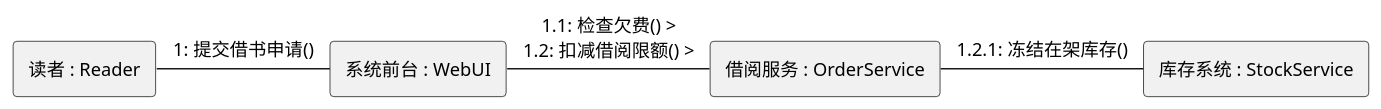
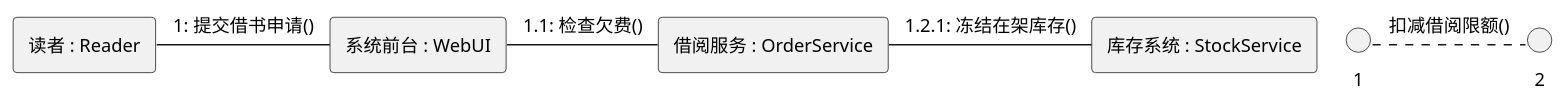
The ninth of 11 diagrams in 02-visual-diagrams/02-UML核心建模图谱.md (cpsa3/software-designer-fast-pass), drawn with PlantUML before and after one commit. The commit also changed other lines of this file, not shown here.

Commit message:
feat(uml): restructure UML document with Pyramid Principle, adding 14-diagram overview and 4+1 view model

````diff
--- a/02-visual-diagrams/02-UML核心建模图谱.md
+++ b/02-visual-diagrams/02-UML核心建模图谱.md
@@ -239,15 +394,16 @@
 ```plantuml
 @startuml
 !pragma layout smetana
 skinparam dpi 125
 skinparam defaultFontSize 12
 rectangle "读者 : Reader" as Reader
 rectangle "系统前台 : WebUI" as WebUI
 rectangle "借阅服务 : OrderService" as OrderSvc
 rectangle "库存系统 : StockService" as StockSvc
 
 Reader - WebUI : 1: 提交借书申请() >
-WebUI - OrderSvc : 1.1: 检查欠费() >\n1.2: 扣减借阅限额() >
+WebUI - OrderSvc : 1.1: 检查欠费() >
+1.2: 扣减借阅限额() >
 OrderSvc - StockSvc : 1.2.1: 冻结在架库存() >
 @enduml
 ```
````
